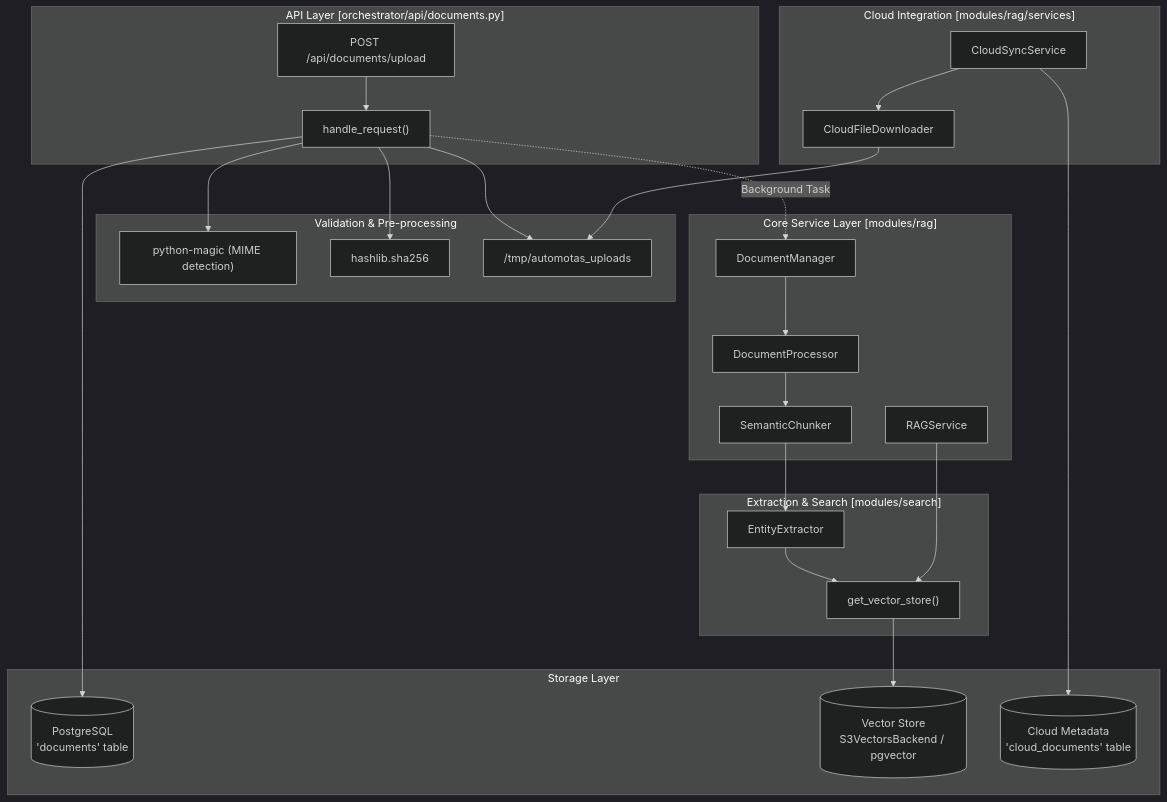
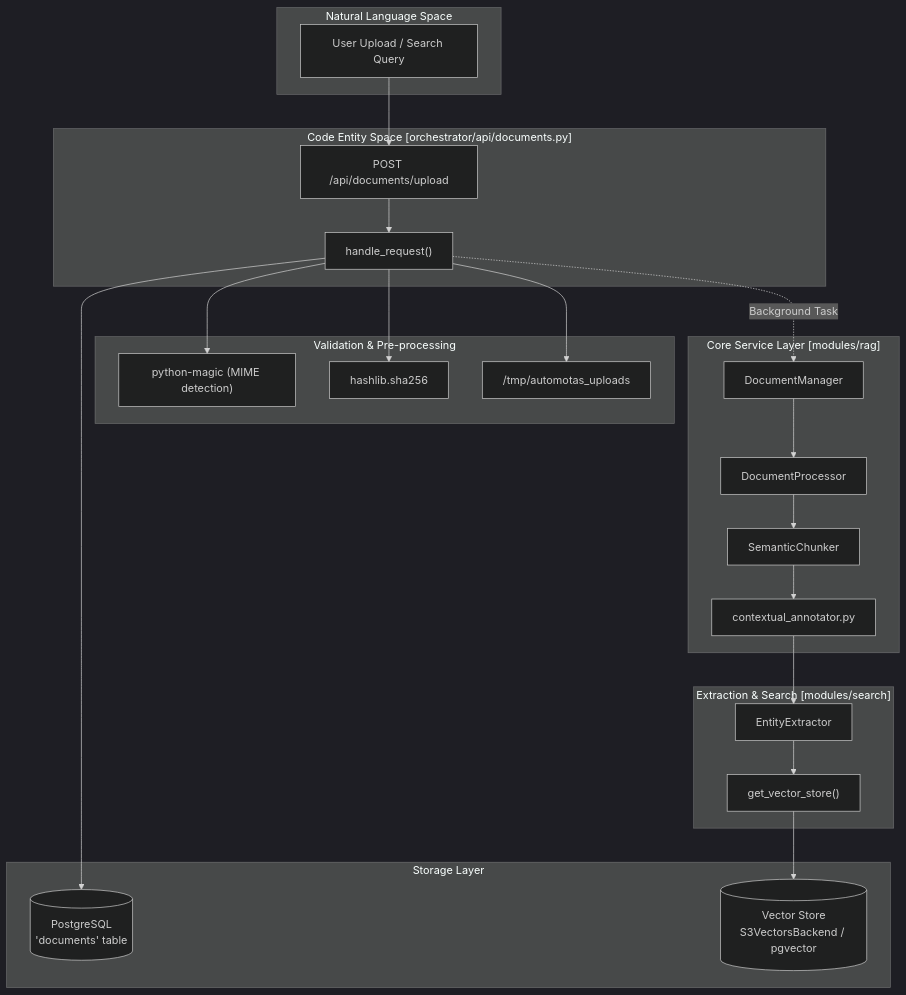
One commit to AutomatosAI/automatos-ai changed the first of 2 diagrams in docs/knowledge-base-rag/documents-api-reference.md. Above: the diagram before and after it, drawn with Mermaid (dark theme). The commit also changed other lines of this file and 191 other files, not shown here.

````diff
--- a/docs/knowledge-base-rag/documents-api-reference.md
+++ b/docs/knowledge-base-rag/documents-api-reference.md
@@ -50,52 +55,48 @@
 ```mermaid
 graph TB
-    subgraph "API Layer [orchestrator/api/documents.py]"
+    subgraph "Natural Language Space"
+        UserReq["User Upload / Search Query"]
+    end
+
+    subgraph "Code Entity Space [orchestrator/api/documents.py]"
         Req["POST /api/documents/upload"]
         Hdl["handle_request()"]
     end
 
     subgraph "Validation & Pre-processing"
         Magic["python-magic (MIME detection)"]
         Hash["hashlib.sha256"]
         Tmp["/tmp/automotas_uploads"]
     end
 
     subgraph "Core Service Layer [modules/rag]"
         DM["DocumentManager"]
         DP["DocumentProcessor"]
         SC["SemanticChunker"]
-        RS["RAGService"]
-    end
-
-    subgraph "Cloud Integration [modules/rag/services]"
-        CSYNC["CloudSyncService"]
-        CDL["CloudFileDownloader"]
+        CA["contextual_annotator.py"]
     end
 
     subgraph "Extraction & Search [modules/search]"
         EE["EntityExtractor"]
         VS["get_vector_store()"]
     end
 
     subgraph "Storage Layer"
-        DB[("PostgreSQL<br/>'documents' table")]
-        Vec[("Vector Store<br/>S3VectorsBackend / pgvector")]
-        CloudDB[("Cloud Metadata<br/>'cloud_documents' table")]
+        DB[("PostgreSQL\n'documents' table")]
+        Vec[("Vector Store\nS3VectorsBackend / pgvector")]
     end
 
+    UserReq --> Req
     Req --> Hdl
     Hdl --> Magic
     Hdl --> Hash
     Hdl --> Tmp
     Hdl --> DB
     Hdl -.->|"Background Task"| DM
-    CSYNC --> CDL
-    CDL --> Tmp
     DM --> DP
     DP --> SC
-    SC --> EE
+    SC --> CA
+    CA --> EE
     EE --> VS
     VS --> Vec
-    CSYNC --> CloudDB
-    RS --> VS
 ```
````
